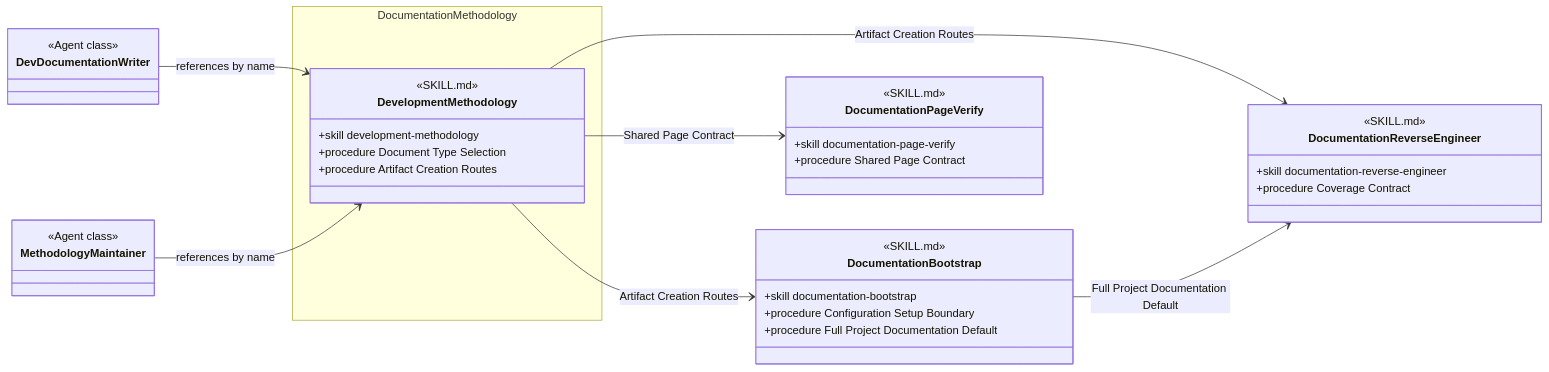
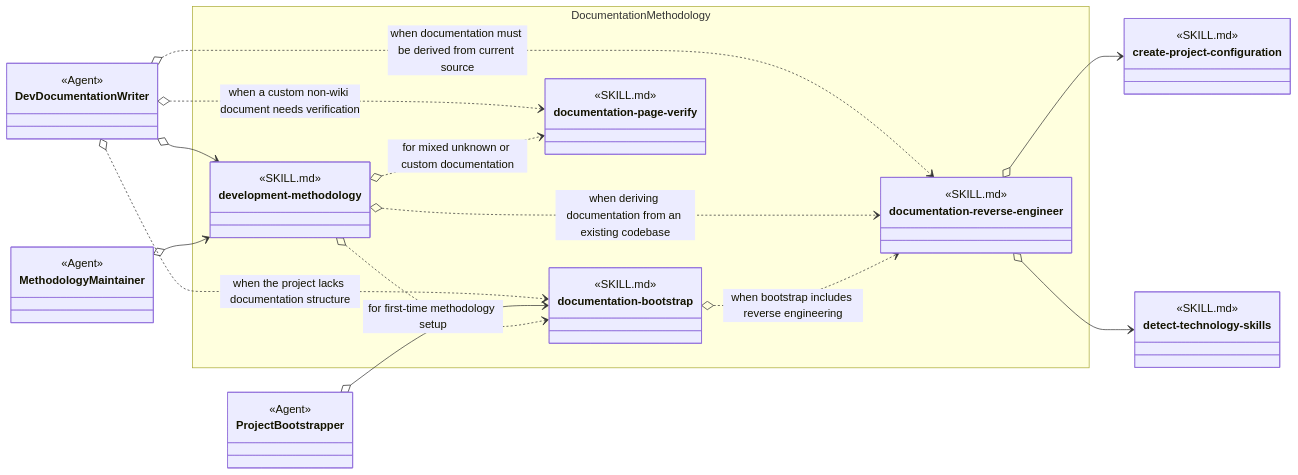
The diagram in design/skill-groups/documentation-methodology.md (martinbechard/dev-methodology), drawn with Mermaid before and after one commit. The commit also changed other lines of this file and 9 other files, not shown here.

Commit message:
Model current skill groups and interface recommendations

````diff
--- a/design/skill-groups/documentation-methodology.md
+++ b/design/skill-groups/documentation-methodology.md
@@ -11,55 +11,67 @@
 ```mermaid
 classDiagram
     direction LR
 
     class DevDocumentationWriter {
-        <<Agent class>>
+        <<Agent>>
     }
 
     class MethodologyMaintainer {
-        <<Agent class>>
+        <<Agent>>
+    }
+
+    class ProjectBootstrapper {
+        <<Agent>>
     }
 
     namespace DocumentationMethodology {
-        class DevelopmentMethodology {
+        class development-methodology {
             <<SKILL.md>>
             <<Agent Skill>>
             <<Peer Skill>>
-            +skill development-methodology
-            +procedure Document Type Selection
-            +procedure Artifact Creation Routes
+        }
+
+        class documentation-bootstrap {
+            <<SKILL.md>>
+            <<Agent Skill>>
+            <<Peer Skill>>
+        }
+
+        class documentation-reverse-engineer {
+            <<SKILL.md>>
+            <<Agent Skill>>
+            <<Peer Skill>>
+        }
+
+        class documentation-page-verify {
+            <<SKILL.md>>
+            <<Agent Skill>>
+            <<Peer Skill>>
         }
     }
 
-    class DocumentationBootstrap {
+    class create-project-configuration {
         <<SKILL.md>>
         <<Cross-group>>
-        <<Peer Skill>>
-        +skill documentation-bootstrap
-        +procedure Configuration Setup Boundary
-        +procedure Full Project Documentation Default
     }
 
-    class DocumentationReverseEngineer {
+    class detect-technology-skills {
         <<SKILL.md>>
         <<Cross-group>>
-        <<Peer Skill>>
-        +skill documentation-reverse-engineer
-        +procedure Coverage Contract
     }
 
-    class DocumentationPageVerify {
-        <<SKILL.md>>
-        <<Cross-group>>
-        <<Peer Skill>>
-        +skill documentation-page-verify
-        +procedure Shared Page Contract
-    }
+    DevDocumentationWriter o--> development-methodology
+    DevDocumentationWriter o..> documentation-bootstrap : when the project lacks documentation structure
+    DevDocumentationWriter o..> documentation-reverse-engineer : when documentation must be derived from current source
+    DevDocumentationWriter o..> documentation-page-verify : when a custom non-wiki document needs verification
 
-    DevDocumentationWriter --> DevelopmentMethodology : references by name
-    MethodologyMaintainer --> DevelopmentMethodology : references by name
-    DevelopmentMethodology --> DocumentationBootstrap : Artifact Creation Routes
-    DevelopmentMethodology --> DocumentationReverseEngineer : Artifact Creation Routes
-    DevelopmentMethodology --> DocumentationPageVerify : Shared Page Contract
-    DocumentationBootstrap --> DocumentationReverseEngineer : Full Project Documentation Default
+    MethodologyMaintainer o--> development-methodology
+    ProjectBootstrapper o--> documentation-bootstrap
+
+    development-methodology o..> documentation-bootstrap : for first-time methodology setup
+    development-methodology o..> documentation-reverse-engineer : when deriving documentation from an existing codebase
+    development-methodology o..> documentation-page-verify : for mixed unknown or custom documentation
+    documentation-bootstrap o..> documentation-reverse-engineer : when bootstrap includes reverse engineering
+    documentation-reverse-engineer o--> create-project-configuration
+    documentation-reverse-engineer o--> detect-technology-skills
 ```
````
